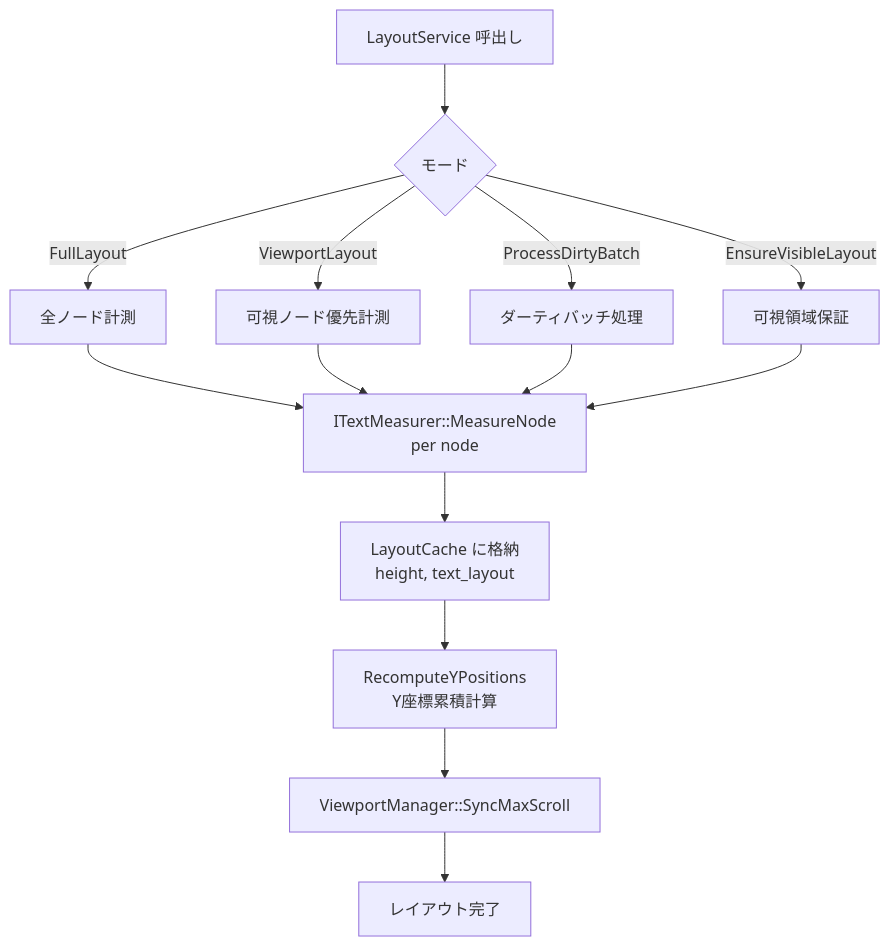
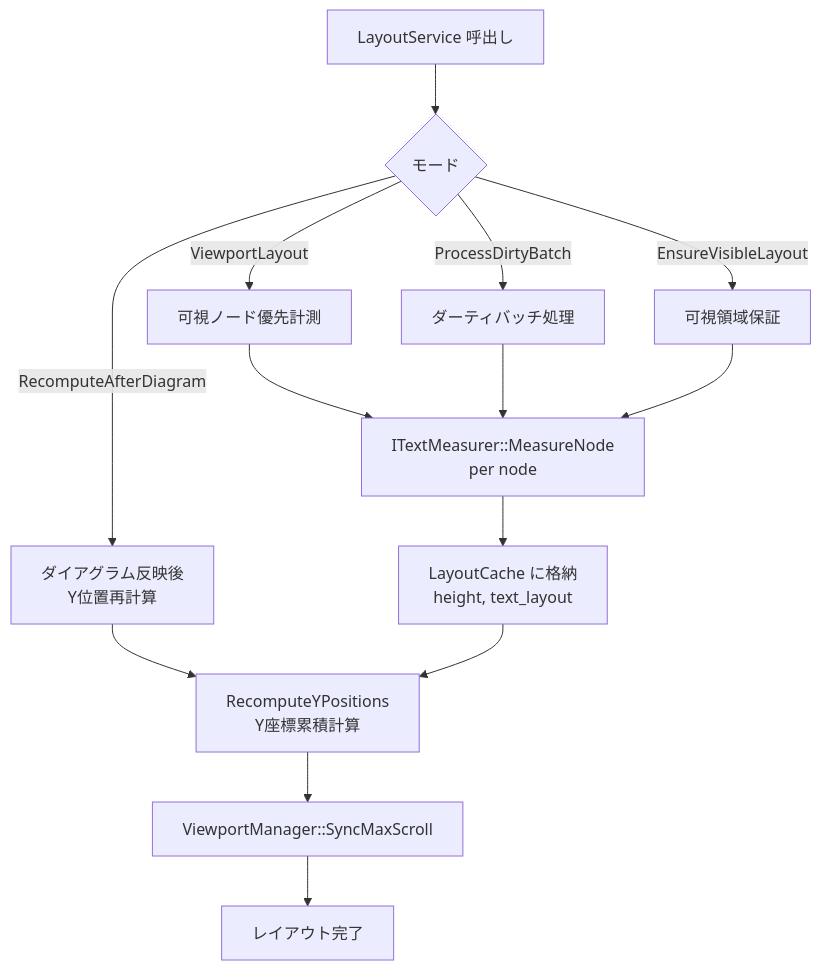
The fifth of 28 diagrams in example/test.md (tanaton/mendo), drawn with Mermaid before and after one commit. The commit also changed other lines of this file, not shown here.

Commit message:
検索機能と国際化の実装、Mermaidファイルキャッシュの追加

````diff
--- a/example/test.md
+++ b/example/test.md
@@ -502,18 +540,18 @@
 ```mermaid
 flowchart TB
     START[LayoutService 呼出し] --> MODE{モード}
-    MODE -->|FullLayout| FULL[全ノード計測]
     MODE -->|ViewportLayout| VIEWPORT[可視ノード優先計測]
     MODE -->|ProcessDirtyBatch| BATCH[ダーティバッチ処理]
     MODE -->|EnsureVisibleLayout| ENSURE[可視領域保証]
+    MODE -->|RecomputeAfterDiagram| RECOMP[ダイアグラム反映後<br>Y位置再計算]
 
-    FULL --> MEASURE[ITextMeasurer::MeasureNode<br>per node]
-    VIEWPORT --> MEASURE
+    VIEWPORT --> MEASURE[ITextMeasurer::MeasureNode<br>per node]
     BATCH --> MEASURE
     ENSURE --> MEASURE
+    RECOMP --> YPOS
 
     MEASURE --> CACHE[LayoutCache に格納<br>height, text_layout]
     CACHE --> YPOS[RecomputeYPositions<br>Y座標累積計算]
     YPOS --> SYNC[ViewportManager::SyncMaxScroll]
     SYNC --> DONE[レイアウト完了]
 ```
````
